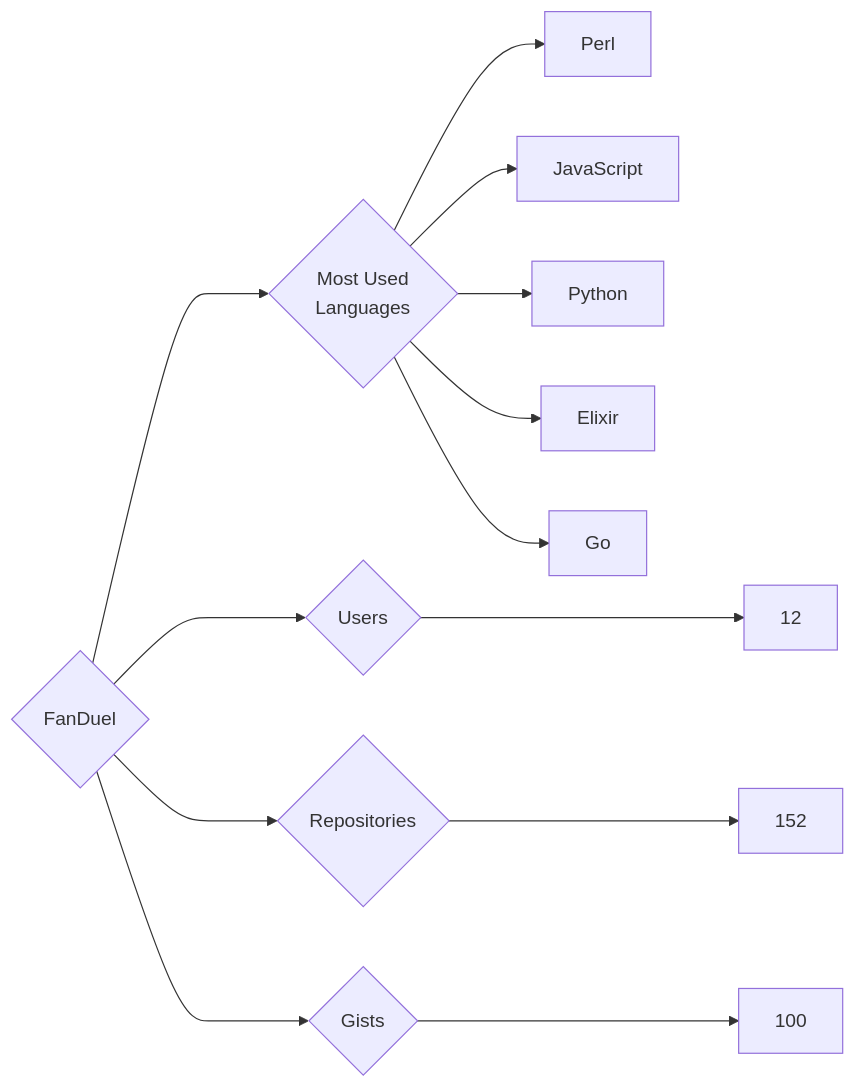
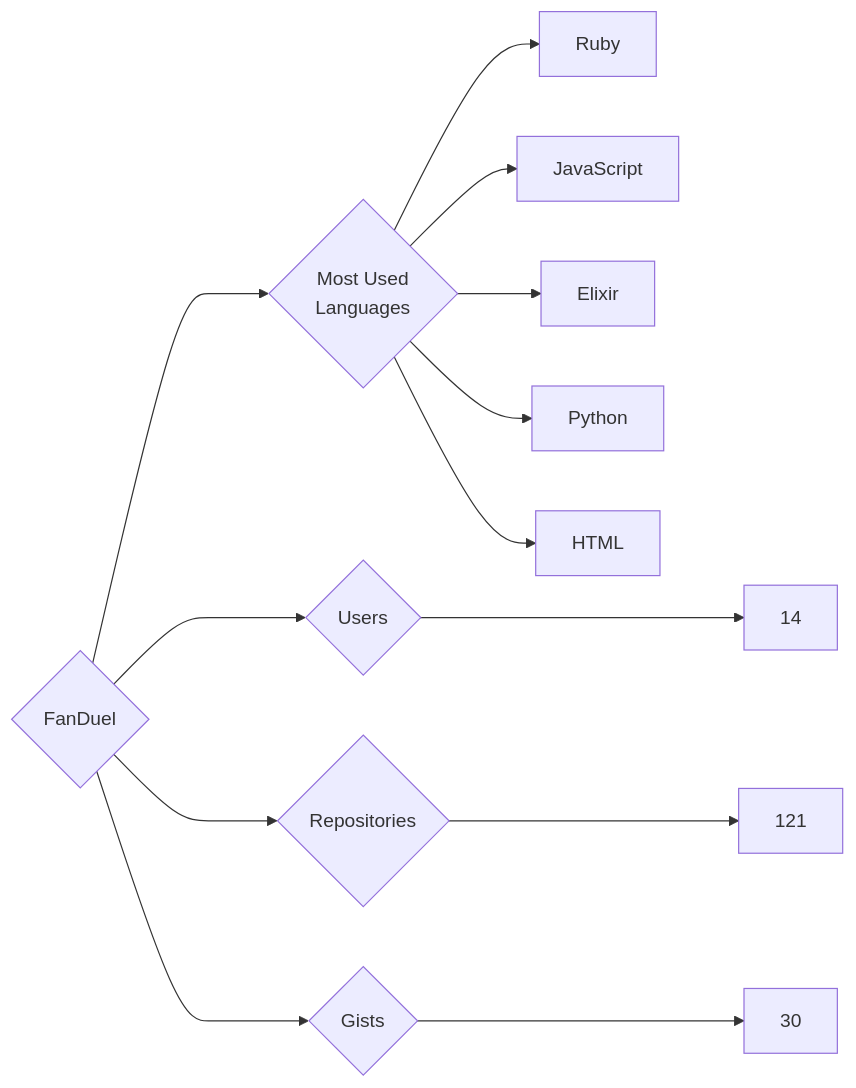
The diagram in targets/FanDuel/README.md (trickest/insiders), drawn with Mermaid before and after one commit. The commit also changed 1195 other files, not shown here.

````diff
--- a/targets/FanDuel/README.md
+++ b/targets/FanDuel/README.md
@@ -3,13 +3,13 @@
 ```mermaid
 graph LR
 COMPANY_NAME{FanDuel}
-COMPANY_NAME ---> U{Users} ---> UN[12]
-COMPANY_NAME ---> R{Repositories} ---> RN[152]
-COMPANY_NAME ---> G{Gists} ---> GN[100]
+COMPANY_NAME ---> U{Users} ---> UN[14]
+COMPANY_NAME ---> R{Repositories} ---> RN[121]
+COMPANY_NAME ---> G{Gists} ---> GN[30]
 COMPANY_NAME ---> ML{Most Used<br>Languages}
-ML --> Perl[Perl]
+ML --> Ruby[Ruby]
 ML --> JavaScript[JavaScript]
+ML --> Elixir[Elixir]
 ML --> Python[Python]
-ML --> Elixir[Elixir]
-ML --> Go[Go]
+ML --> HTML[HTML]
 ```
````
